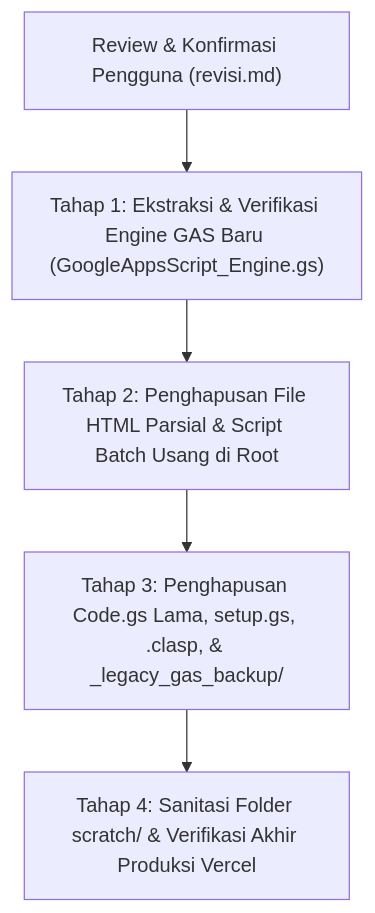
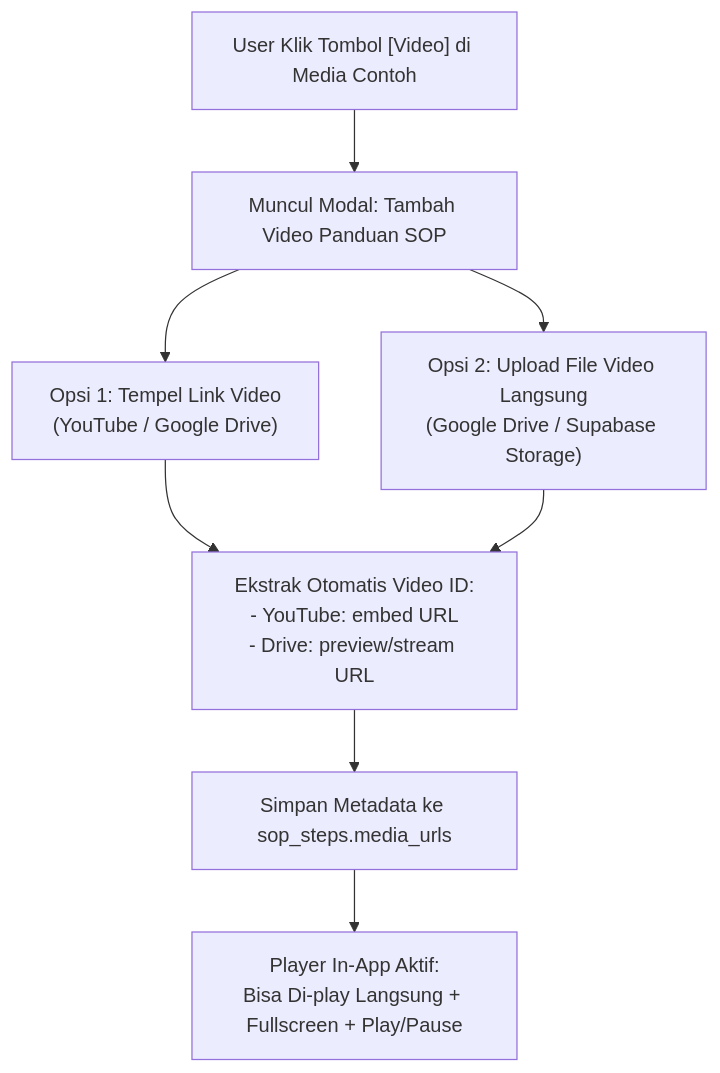
Before and after one commit to zettbos/tmr: the first of 2 diagrams in revisi.md, drawn with Mermaid. The commit also changed other lines of this file and 2 other files, not shown here.

Commit message:
feat(sop): implement in-app playable video player with YouTube/Drive embed & interactive SOP schedule publishing to Supabase

````diff
--- a/revisi.md
+++ b/revisi.md
@@ -192,7 +42,10 @@
 ```mermaid
 flowchart TD
-    A["Review & Konfirmasi Pengguna (revisi.md)"] --> B["Tahap 1: Ekstraksi & Verifikasi Engine GAS Baru (GoogleAppsScript_Engine.gs)"]
-    B --> C["Tahap 2: Penghapusan File HTML Parsial & Script Batch Usang di Root"]
-    C --> D["Tahap 3: Penghapusan Code.gs Lama, setup.gs, .clasp, & _legacy_gas_backup/"]
-    D --> E["Tahap 4: Sanitasi Folder scratch/ & Verifikasi Akhir Produksi Vercel"]
+    A["User Klik Tombol [Video] di Media Contoh"] --> B["Muncul Modal: Tambah Video Panduan SOP"]
+    B --> C["Opsi 1: Tempel Link Video<br/>(YouTube / Google Drive)"]
+    B --> D["Opsi 2: Upload File Video Langsung<br/>(Google Drive / Supabase Storage)"]
+    C --> E["Ekstrak Otomatis Video ID:<br/>- YouTube: embed URL<br/>- Drive: preview/stream URL"]
+    D --> E
+    E --> F["Simpan Metadata ke sop_steps.media_urls"]
+    F --> G["Player In-App Aktif:<br/>Bisa Di-play Langsung + Fullscreen + Play/Pause"]
 ```
````
